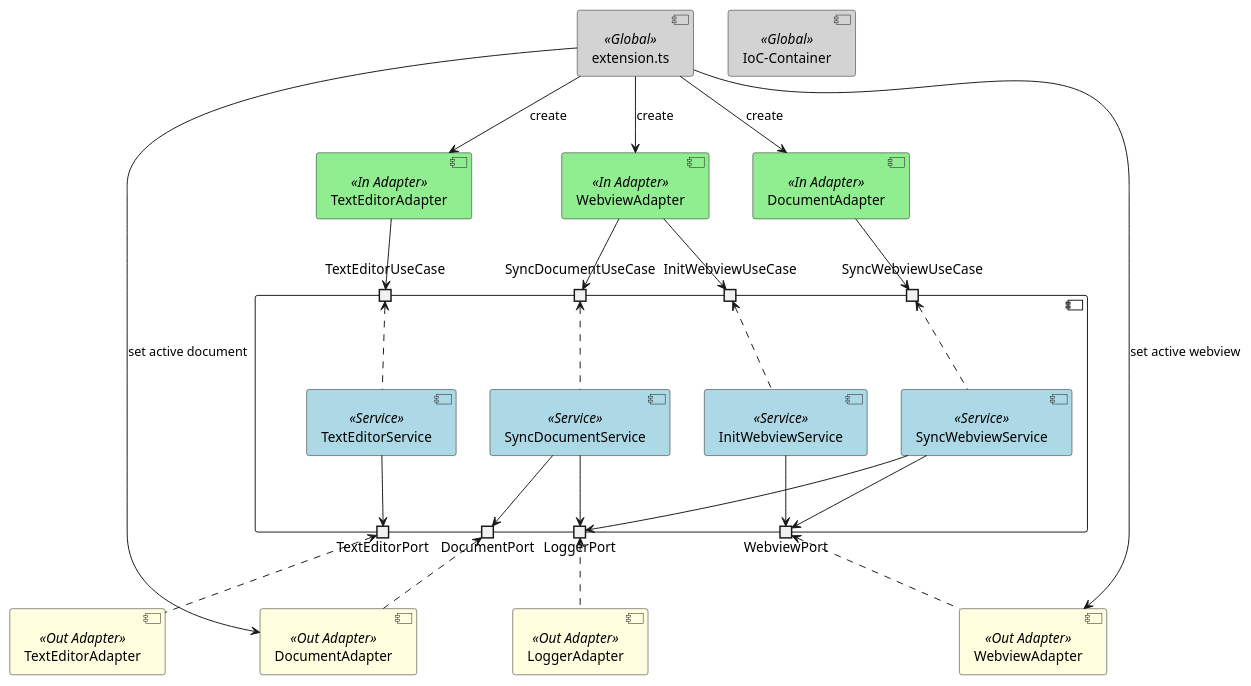
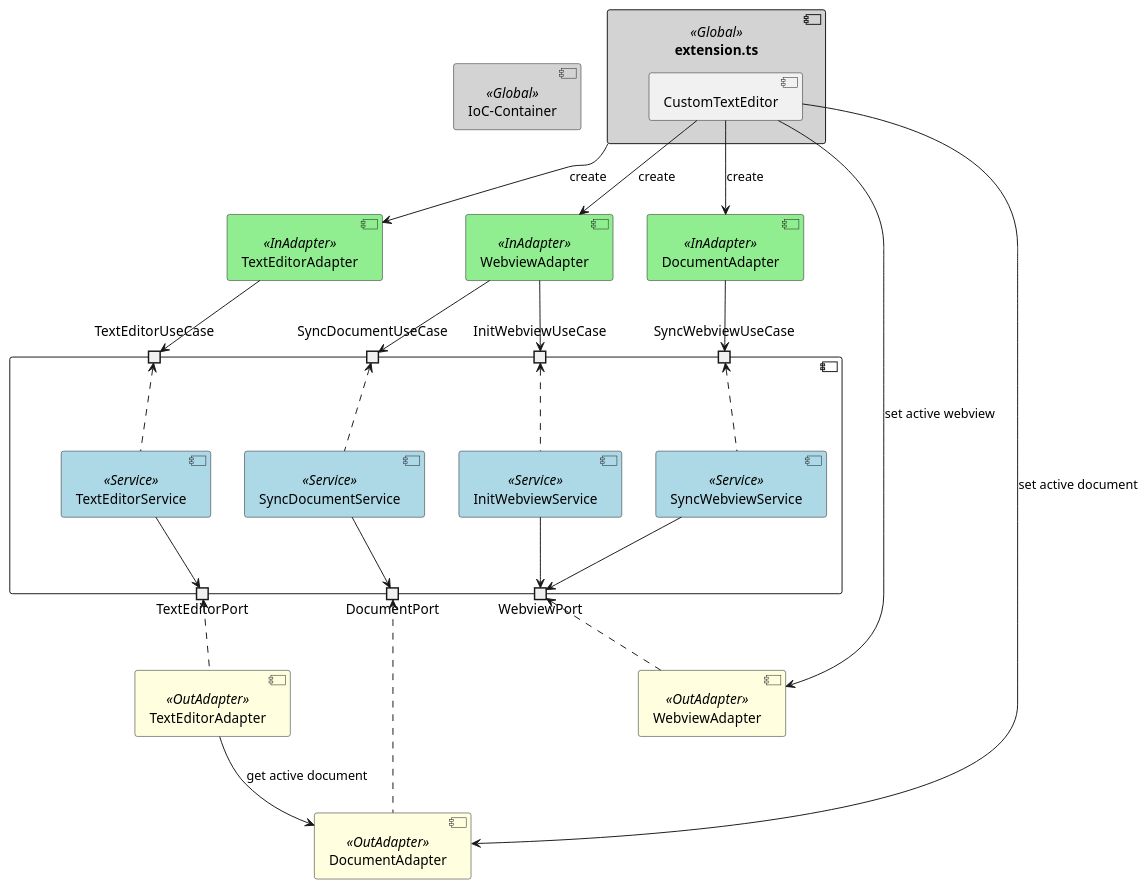
The diagram in docs/Architecture.puml (peterhnm/vscode-hexagonal-example), drawn with PlantUML before and after one commit. The commit also changed 2 other files, not shown here.

Commit message:
docs: update docu and component diagram

```diff
--- a/docs/Architecture.puml
+++ b/docs/Architecture.puml
@@ -1,68 +1,67 @@
 @startuml
 'https://plantuml.com/component-diagram
 
 skinparam component {
   backgroundColor<<Global>> LightGray
-  backgroundColor<<In Adapter>> LightGreen
+  backgroundColor<<InAdapter>> LightGreen
   backgroundColor<<Service>> LightBlue
-  backgroundColor<<Out Adapter>> LightYellow
+  backgroundColor<<OutAdapter>> LightYellow
 }
 
-component extension.ts <<Global>>
+component extension.ts <<Global>> {
+    component CustomTextEditor
+}
 component "IoC-Container" <<Global>>
 
-component "WebviewAdapter" as InWebviewAdapter <<In Adapter>>
-component "DocumentAdapter" as InDocumentAdapter <<In Adapter>>
-component "TextEditorAdapter" as InTextEditorAdapter <<In Adapter>>
+component "WebviewAdapter" as InWebviewAdapter <<InAdapter>>
+component "DocumentAdapter" as InDocumentAdapter <<InAdapter>>
+component "TextEditorAdapter" as InTextEditorAdapter <<InAdapter>>
 
 component {
     portin InitWebviewUseCase
     portin SyncWebviewUseCase
     portin SyncDocumentUseCase
     portin TextEditorUseCase
 
     portout DocumentPort
     portout WebviewPort
     portout TextEditorPort
-    portout LoggerPort
 
     component InitWebviewService <<Service>>
     component SyncWebviewService <<Service>>
     component SyncDocumentService <<Service>>
     component TextEditorService <<Service>>
 }
 
-component "WebviewAdapter" as OutWebviewAdapter <<Out Adapter>>
-component "DocumentAdapter" as OutDocumentAdapter <<Out Adapter>>
-component "TextEditorAdapter" as OutTextEditorAdapter <<Out Adapter>>
-component "LoggerAdapter" as OutLoggerAdapter <<Out Adapter>>
+component "WebviewAdapter" as OutWebviewAdapter <<OutAdapter>>
+component "DocumentAdapter" as OutDocumentAdapter <<OutAdapter>>
+component "TextEditorAdapter" as OutTextEditorAdapter <<OutAdapter>>
 
-extension.ts --> InWebviewAdapter : create
-extension.ts --> InDocumentAdapter : create
 extension.ts --> InTextEditorAdapter : create
-extension.ts --> OutWebviewAdapter : set active webview
-extension.ts --> OutDocumentAdapter : set active document
+CustomTextEditor --> InWebviewAdapter : create
+CustomTextEditor --> InDocumentAdapter : create
+CustomTextEditor --> OutWebviewAdapter : set active webview
+CustomTextEditor --> OutDocumentAdapter : set active document
 
 InWebviewAdapter --> InitWebviewUseCase
 InWebviewAdapter --> SyncDocumentUseCase
 InDocumentAdapter --> SyncWebviewUseCase
 InTextEditorAdapter --> TextEditorUseCase
 
 InitWebviewUseCase <.. InitWebviewService
 SyncWebviewUseCase <.. SyncWebviewService
 SyncDocumentUseCase <.. SyncDocumentService
 TextEditorUseCase <.. TextEditorService
 
 InitWebviewService --> WebviewPort
 SyncWebviewService --> WebviewPort
-SyncWebviewService --> LoggerPort
 SyncDocumentService --> DocumentPort
-SyncDocumentService --> LoggerPort
 TextEditorService --> TextEditorPort
 
 WebviewPort <.. OutWebviewAdapter
 DocumentPort <.. OutDocumentAdapter
 TextEditorPort <.. OutTextEditorAdapter
-LoggerPort <.. OutLoggerAdapter
+
+OutTextEditorAdapter --> OutDocumentAdapter : get active document
 
 @enduml
```
